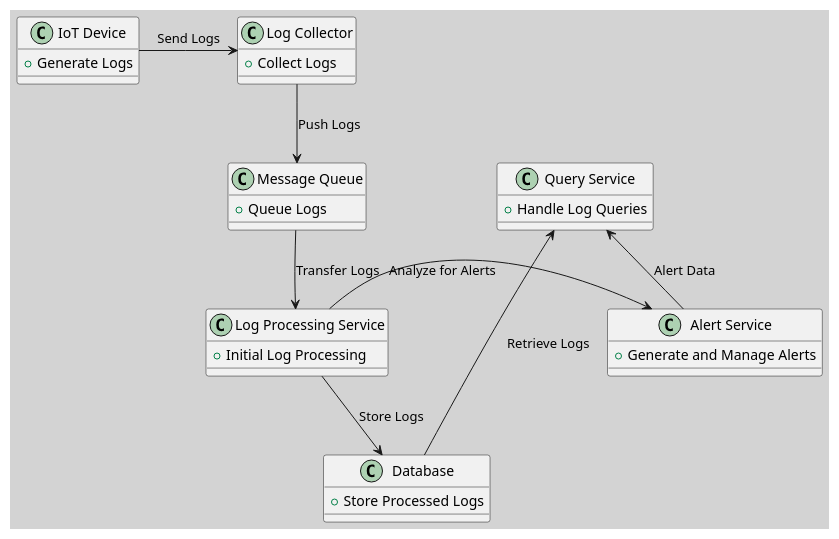
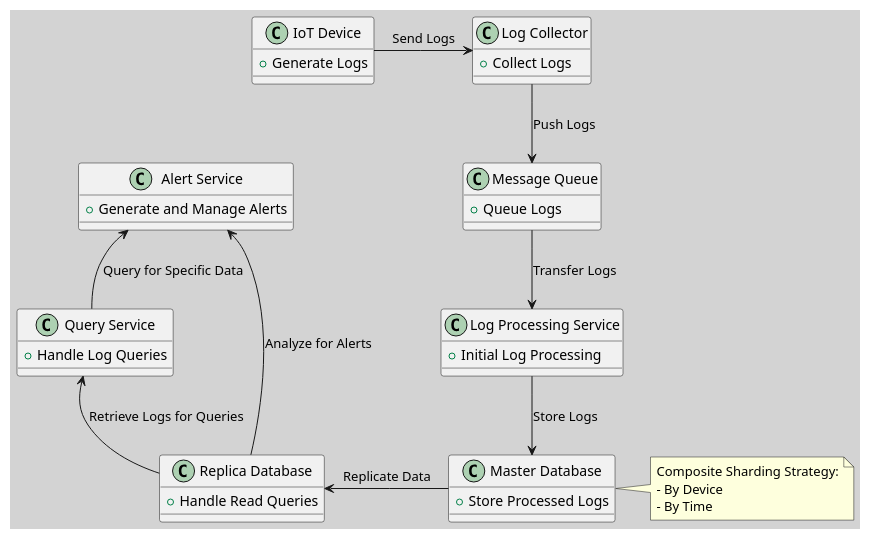
The diagram in interview_questions/iot_log_alert_system_architecture.puml (huangyingw/system_design), drawn with PlantUML before and after one commit.

```diff
--- a/interview_questions/iot_log_alert_system_architecture.puml
+++ b/interview_questions/iot_log_alert_system_architecture.puml
@@ -1,44 +1,55 @@
 @startuml
 skinparam backgroundColor #D3D3D3
 
 skinparam rectangle {
     BackgroundColor PaleGreen
     BorderColor DarkSlateGray
 }
 
 class "IoT Device" as IoTDevice {
     +Generate Logs
 }
 
 class "Log Collector" as LogCollector {
     +Collect Logs
 }
 
 class "Message Queue" as MessageQueue {
     +Queue Logs
 }
 
 class "Log Processing Service" as LogProcessing {
     +Initial Log Processing
 }
 
-class "Database" as Database {
+class "Master Database" as MasterDB {
     +Store Processed Logs
+}
+
+class "Replica Database" as ReplicaDB {
+    +Handle Read Queries
 }
 
 class "Query Service" as QueryService {
     +Handle Log Queries
 }
 
 class "Alert Service" as AlertService {
     +Generate and Manage Alerts
 }
 
 IoTDevice -right-> LogCollector : Send Logs
 LogCollector -down-> MessageQueue : Push Logs
 MessageQueue -down-> LogProcessing : Transfer Logs
-LogProcessing -down-> Database : Store Logs
-Database -left-> QueryService : Retrieve Logs
-LogProcessing -right-> AlertService : Analyze for Alerts
-AlertService -up-> QueryService : Alert Data
+LogProcessing -down-> MasterDB : Store Logs
+MasterDB -left-> ReplicaDB : Replicate Data
+ReplicaDB -up-> QueryService : Retrieve Logs for Queries
+ReplicaDB -right-> AlertService : Analyze for Alerts
+QueryService -up-> AlertService : Query for Specific Data
+
+note right of MasterDB
+  Composite Sharding Strategy:
+  - By Device
+  - By Time
+end note
 @enduml
```
